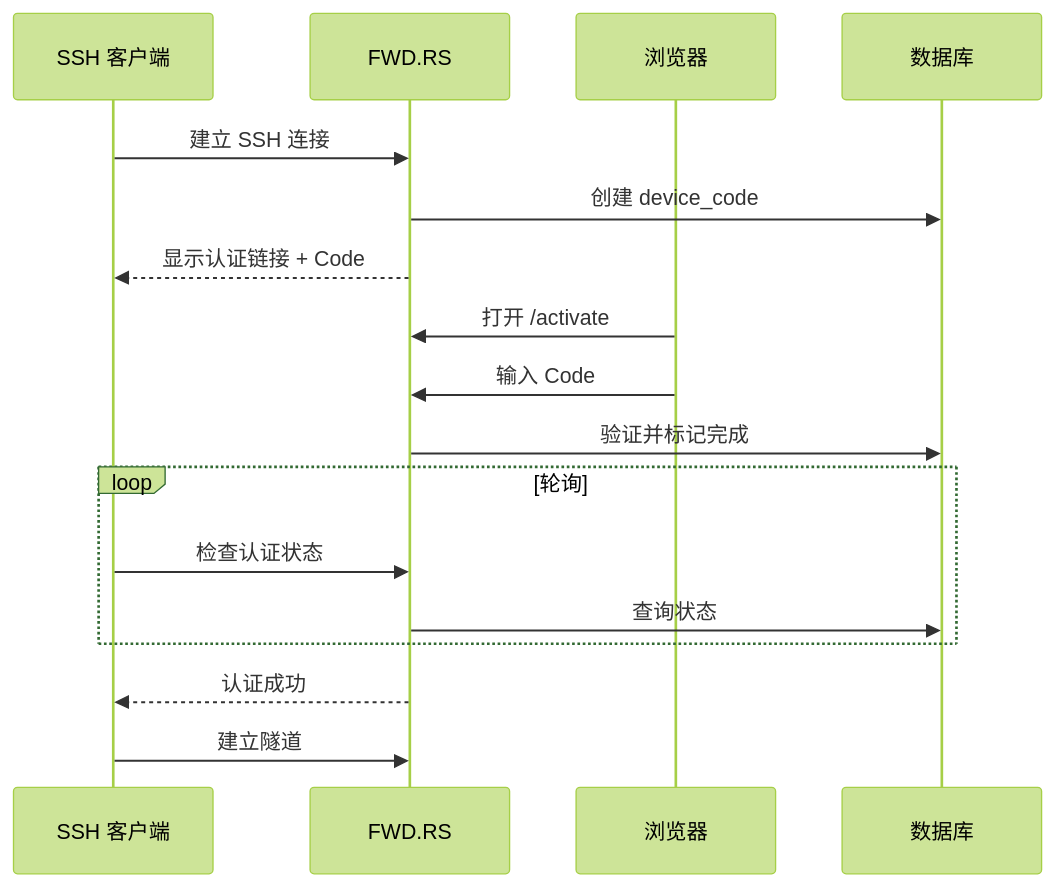
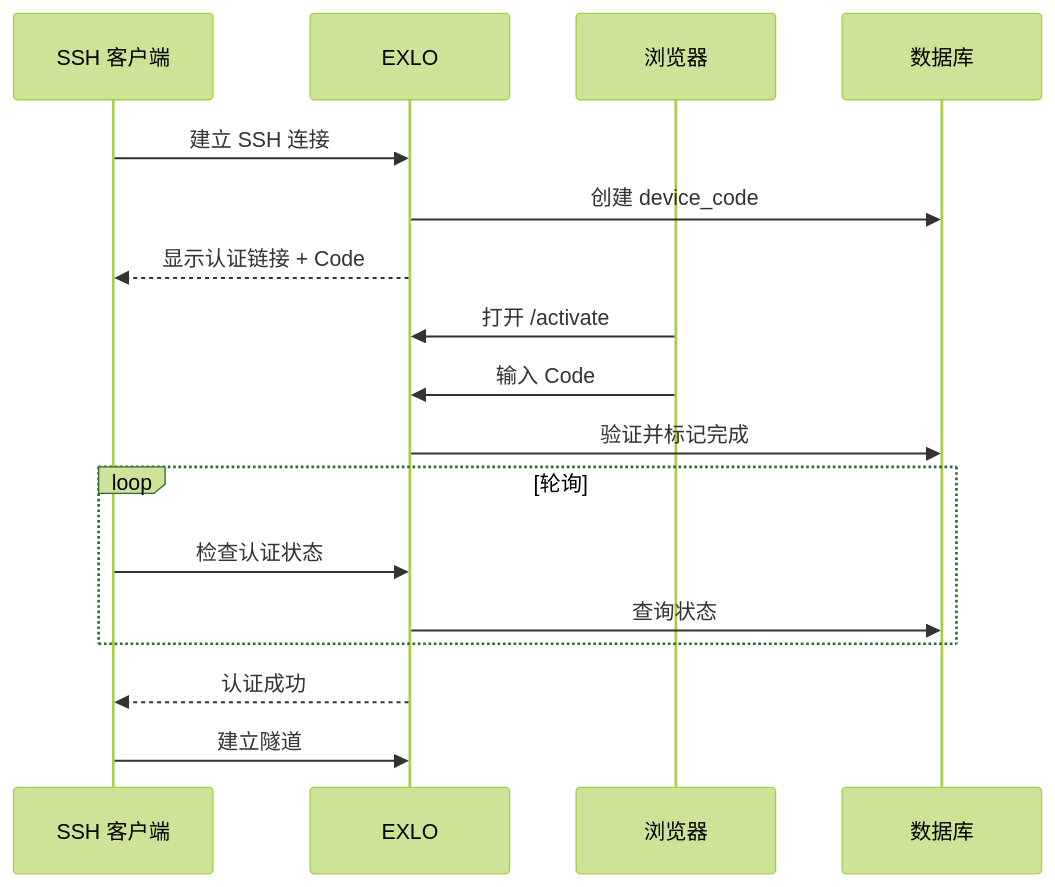
The third of 3 diagrams in apps/docs/content/docs/architecture.mdx (ZingerLittleBee/EXLO), drawn with Mermaid (forest theme) before and after one commit. The commit also changed other lines of this file and 8 other files, not shown here.

Commit message:
refactor: rename FWD.RS to EXLO across the codebase and documentation.

````diff
--- a/apps/docs/content/docs/architecture.mdx
+++ b/apps/docs/content/docs/architecture.mdx
@@ -92,23 +92,23 @@
 ```mermaid
 sequenceDiagram
     participant SSH as SSH 客户端
-    participant Server as FWD.RS
+    participant Server as EXLO
     participant Browser as 浏览器
     participant DB as 数据库
 
     SSH->>Server: 建立 SSH 连接
     Server->>DB: 创建 device_code
     Server-->>SSH: 显示认证链接 + Code
 
     Browser->>Server: 打开 /activate
     Browser->>Server: 输入 Code
     Server->>DB: 验证并标记完成
 
     loop 轮询
         SSH->>Server: 检查认证状态
         Server->>DB: 查询状态
     end
 
     Server-->>SSH: 认证成功
     SSH->>Server: 建立隧道
 ```
````
